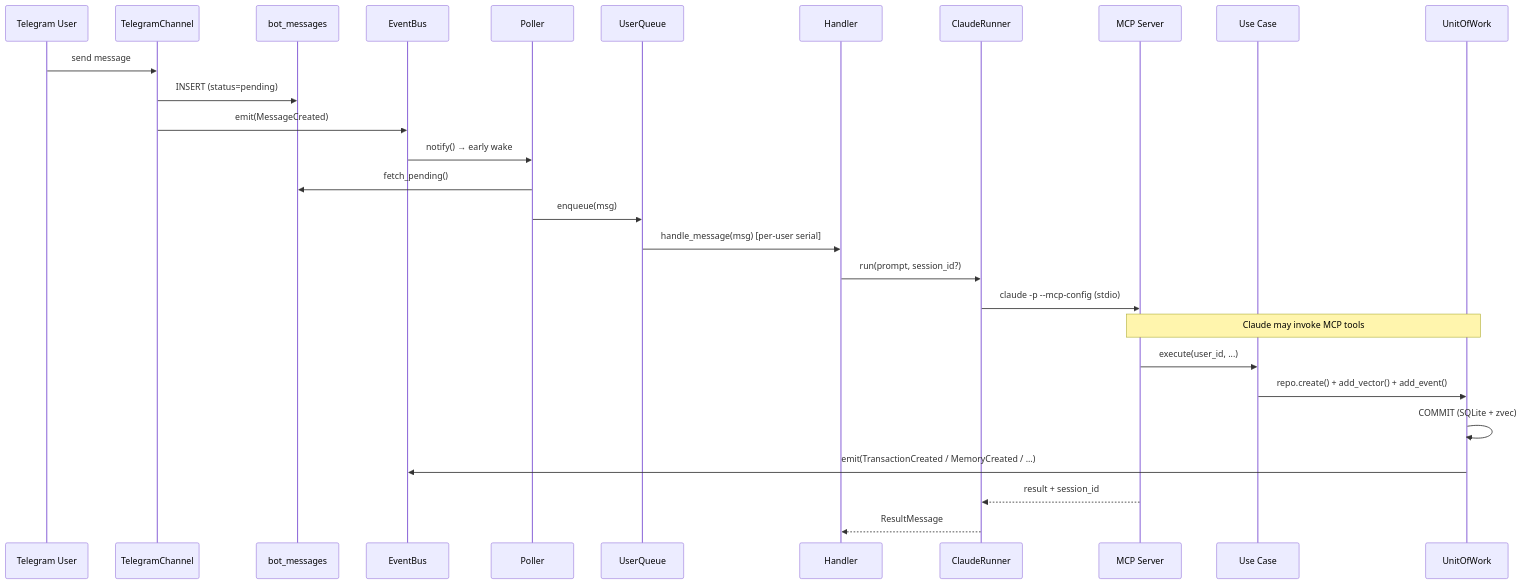
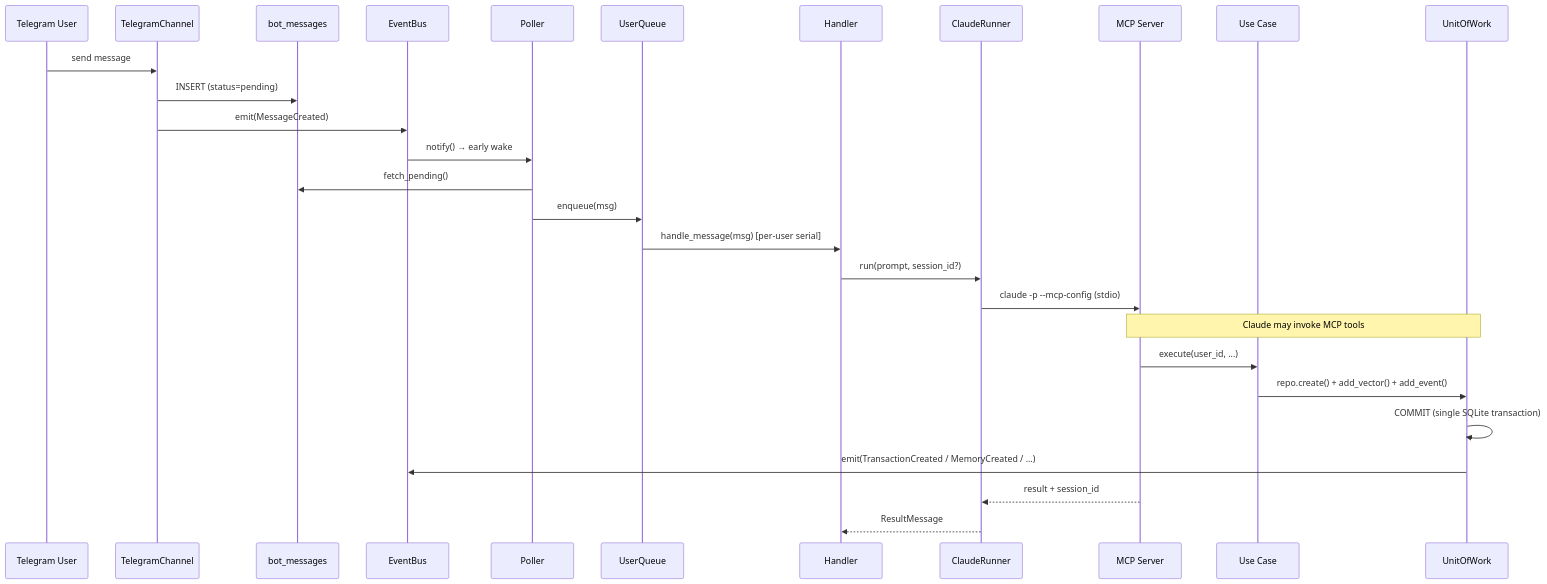
The first of 7 diagrams in docs/MESSAGE-FLOWS.md (vukhanhtruong/flux), drawn with Mermaid before and after one commit. The commit also changed other lines of this file and 18 other files, not shown here.

First line of the commit message:
docs: update all references from zvec to sqlite-vec

````diff
--- a/docs/MESSAGE-FLOWS.md
+++ b/docs/MESSAGE-FLOWS.md
@@ -30,35 +30,35 @@
 ```mermaid
 sequenceDiagram
     participant User as Telegram User
     participant TG as TelegramChannel
     participant DB as bot_messages
     participant EB as EventBus
     participant Poller
     participant Queue as UserQueue
     participant Handler
     participant Runner as ClaudeRunner
     participant MCP as MCP Server
     participant UC as Use Case
     participant UoW as UnitOfWork
 
     User->>TG: send message
     TG->>DB: INSERT (status=pending)
     TG->>EB: emit(MessageCreated)
     EB->>Poller: notify() → early wake
 
     Poller->>DB: fetch_pending()
     Poller->>Queue: enqueue(msg)
     Queue->>Handler: handle_message(msg) [per-user serial]
 
     Handler->>Runner: run(prompt, session_id?)
     Runner->>MCP: claude -p --mcp-config (stdio)
 
     Note over MCP,UoW: Claude may invoke MCP tools
     MCP->>UC: execute(user_id, ...)
     UC->>UoW: repo.create() + add_vector() + add_event()
-    UoW->>UoW: COMMIT (SQLite + zvec)
+    UoW->>UoW: COMMIT (single SQLite transaction)
     UoW->>EB: emit(TransactionCreated / MemoryCreated / ...)
 
     MCP-->>Runner: result + session_id
     Runner-->>Handler: ResultMessage
 ```
````
